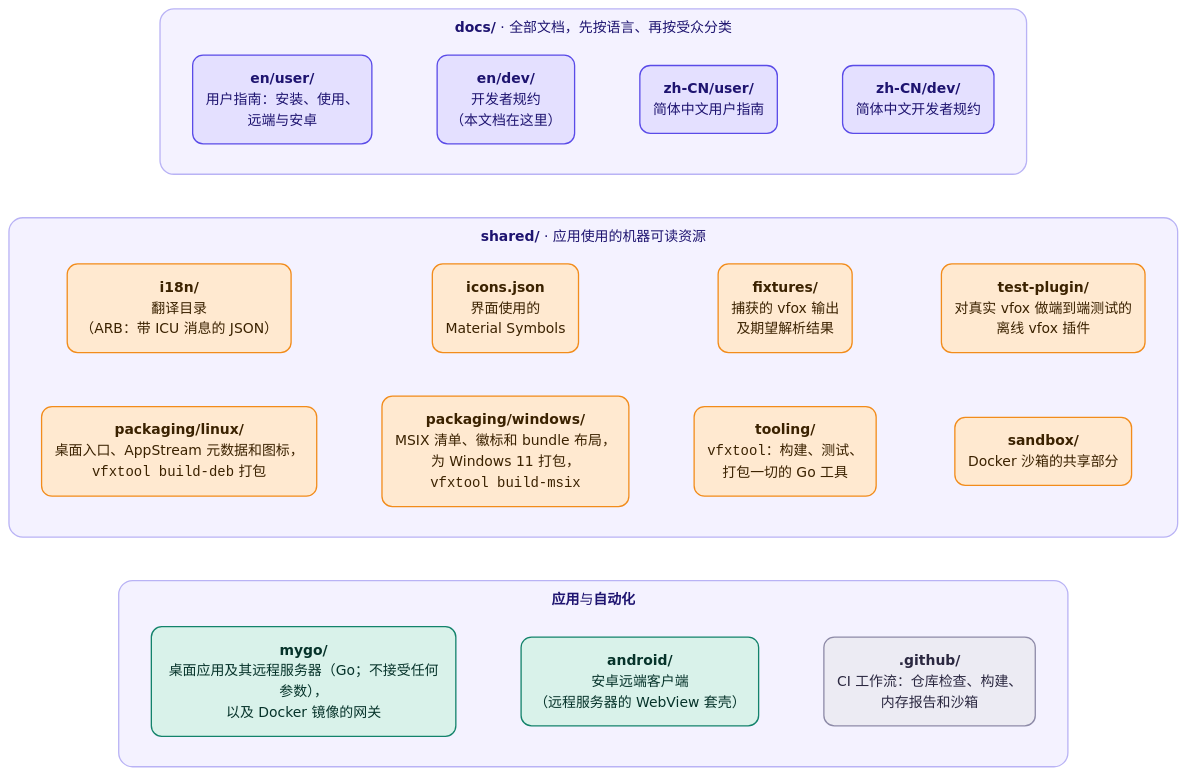
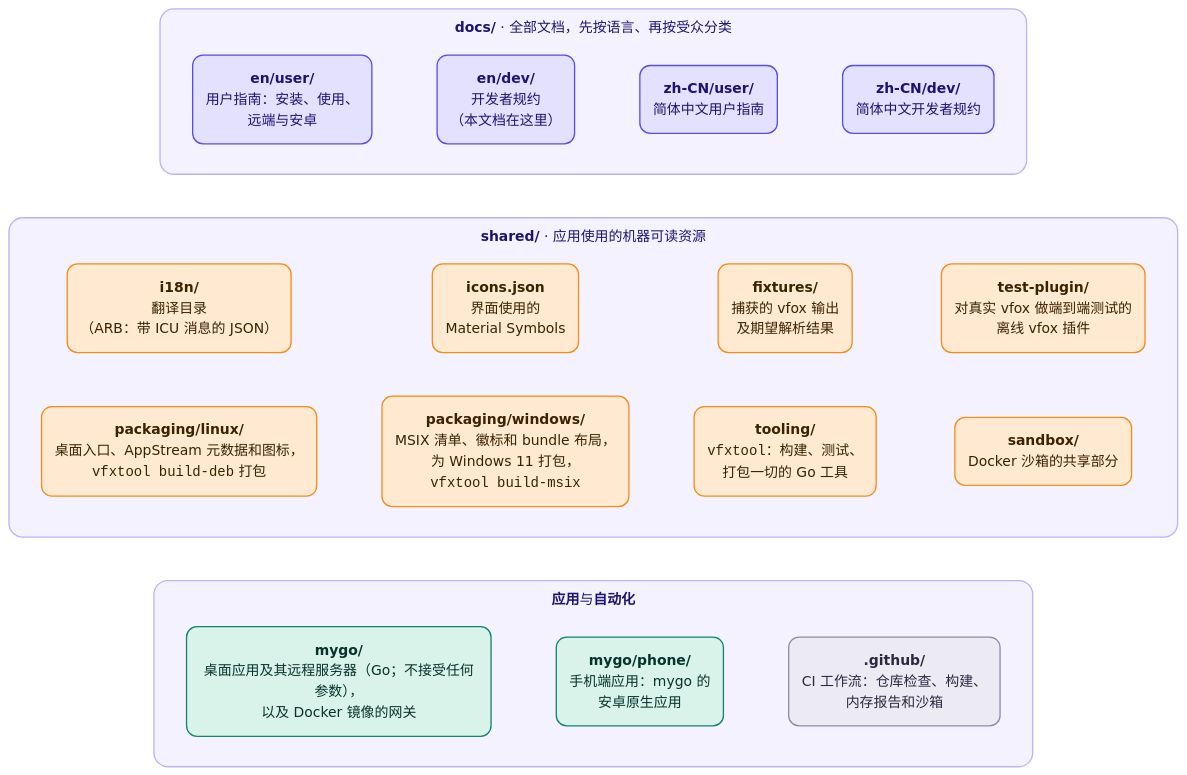
Before and after one commit to version-fox/vfox-plus: the first of 5 diagrams in docs/zh-CN/dev/architecture.md, drawn with Mermaid. The commit also changed other lines of this file and 27 other files, not shown here.

````diff
--- a/docs/zh-CN/dev/architecture.md
+++ b/docs/zh-CN/dev/architecture.md
@@ -12,51 +12,51 @@
 ```mermaid
 ---
 config:
   theme: base
   themeVariables:
     fontFamily: "system-ui, -apple-system, 'Segoe UI', 'Noto Sans', 'Noto Sans CJK SC', 'PingFang SC', 'Microsoft YaHei', sans-serif"
     lineColor: "#7C79A8"
     primaryColor: "#FFE9D0"
     primaryBorderColor: "#F28C1B"
     primaryTextColor: "#3B2200"
     clusterBkg: "#F4F2FF"
     clusterBorder: "#B9B3F5"
     titleColor: "#1E1470"
     edgeLabelBackground: "#FFFFFF"
   flowchart:
     curve: basis
     wrappingWidth: 320
     subGraphTitleMargin:
       top: 10
       bottom: 8
 ---
 flowchart TB
     accTitle: 仓库布局
-    accDescr: docs 存放文档，shared 存放应用使用的资源，mygo 是应用和 Docker 镜像的网关，android 是安卓客户端，.github 是 CI 工作流。
+    accDescr: docs 存放文档，shared 存放应用使用的资源，mygo 是应用、Docker 镜像的网关和手机端应用，.github 是 CI 工作流。
     subgraph docs["<b>docs/</b> · 全部文档，先按语言、再按受众分类"]
         direction LR
         d1("<b>en/user/</b><br/>用户指南：安装、使用、<br/>远端与安卓") ~~~ d2("<b>en/dev/</b><br/>开发者规约<br/>（本文档在这里）") ~~~ d3("<b>zh-CN/user/</b><br/>简体中文用户指南") ~~~ d4("<b>zh-CN/dev/</b><br/>简体中文开发者规约")
     end
     subgraph shared["<b>shared/</b> · 应用使用的机器可读资源"]
         direction LR
         s1("<b>i18n/</b><br/>翻译目录<br/>（ARB：带 ICU 消息的 JSON）") ~~~ s2("<b>icons.json</b><br/>界面使用的<br/>Material Symbols") ~~~ s3("<b>fixtures/</b><br/>捕获的 vfox 输出<br/>及期望解析结果") ~~~ s4("<b>test-plugin/</b><br/>对真实 vfox 做端到端测试的<br/>离线 vfox 插件")
         s5("<b>packaging/linux/</b><br/>桌面入口、AppStream 元数据和图标，<br/><code>vfxtool build-deb</code> 打包") ~~~ s6("<b>packaging/windows/</b><br/>MSIX 清单、徽标和 bundle 布局，<br/>为 Windows 11 打包，<br/><code>vfxtool build-msix</code>") ~~~ s7("<b>tooling/</b><br/><code>vfxtool</code>：构建、测试、<br/>打包一切的 Go 工具") ~~~ s8("<b>sandbox/</b><br/>Docker 沙箱的共享部分")
     end
     subgraph code["<b>应用</b>与<b>自动化</b>"]
         direction LR
-        m("<b>mygo/</b><br/>桌面应用及其远程服务器（Go；不接受任何参数），<br/>以及 Docker 镜像的网关") ~~~ a("<b>android/</b><br/>安卓远端客户端<br/>（远程服务器的 WebView 套壳）") ~~~ g("<b>.github/</b><br/>CI 工作流：仓库检查、构建、<br/>内存报告和沙箱")
+        m("<b>mygo/</b><br/>桌面应用及其远程服务器（Go；不接受任何参数），<br/>以及 Docker 镜像的网关") ~~~ a("<b>mygo/phone/</b><br/>手机端应用：mygo 的<br/>安卓原生应用") ~~~ g("<b>.github/</b><br/>CI 工作流：仓库检查、构建、<br/>内存报告和沙箱")
     end
     docs ~~~ shared ~~~ code
 
     classDef docs fill:#E4E0FF,stroke:#5A4BE8,color:#1E1470,stroke-width:1.5px,rx:12,ry:12
     classDef shared fill:#FFE9D0,stroke:#F28C1B,color:#3B2200,stroke-width:1.5px,rx:12,ry:12
     classDef app fill:#D9F2EA,stroke:#13836B,color:#06332A,stroke-width:1.5px,rx:12,ry:12
     classDef ci fill:#ECEBF3,stroke:#8E8BA8,color:#2B2840,stroke-width:1.5px,rx:12,ry:12
     class d1,d2,d3,d4 docs
     class s1,s2,s3,s4,s5,s6,s7,s8 shared
     class m,a app
     class g ci
     style docs fill:#F4F2FF,stroke:#B9B3F5,stroke-width:1.5px,rx:16,ry:16
     style shared fill:#F4F2FF,stroke:#B9B3F5,stroke-width:1.5px,rx:16,ry:16
     style code fill:#F4F2FF,stroke:#B9B3F5,stroke-width:1.5px,rx:16,ry:16
 ```
````
